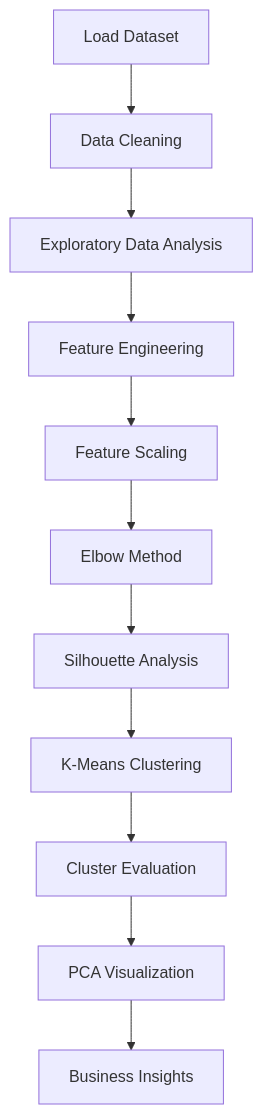
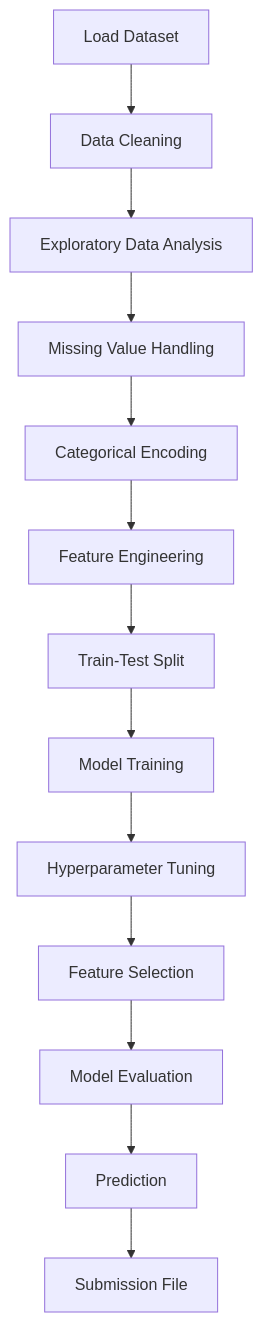
The diagram in README.md (abhijinkiri-create/house-price-prediction-machine-learning), drawn with Mermaid before and after one commit. The commit also changed other lines of this file, not shown here.

First line of the commit message:
Add House Price Prediction project details to README

````diff
--- a/README.md
+++ b/README.md
@@ -148,26 +156,42 @@
 ```mermaid
 flowchart TD
 
 A[Load Dataset]
+
 B[Data Cleaning]
+
 C[Exploratory Data Analysis]
-D[Feature Engineering]
-E[Feature Scaling]
-F[Elbow Method]
-G[Silhouette Analysis]
-H[K-Means Clustering]
-I[Cluster Evaluation]
-J[PCA Visualization]
-K[Business Insights]
+
+D[Missing Value Handling]
+
+E[Categorical Encoding]
+
+F[Feature Engineering]
+
+G[Train-Test Split]
+
+H[Model Training]
+
+I[Hyperparameter Tuning]
+
+J[Feature Selection]
+
+K[Model Evaluation]
+
+L[Prediction]
+
+M[Submission File]
 
 A --> B
 B --> C
 C --> D
 D --> E
 E --> F
 F --> G
 G --> H
 H --> I
 I --> J
 J --> K
+K --> L
+L --> M
 ```
````
